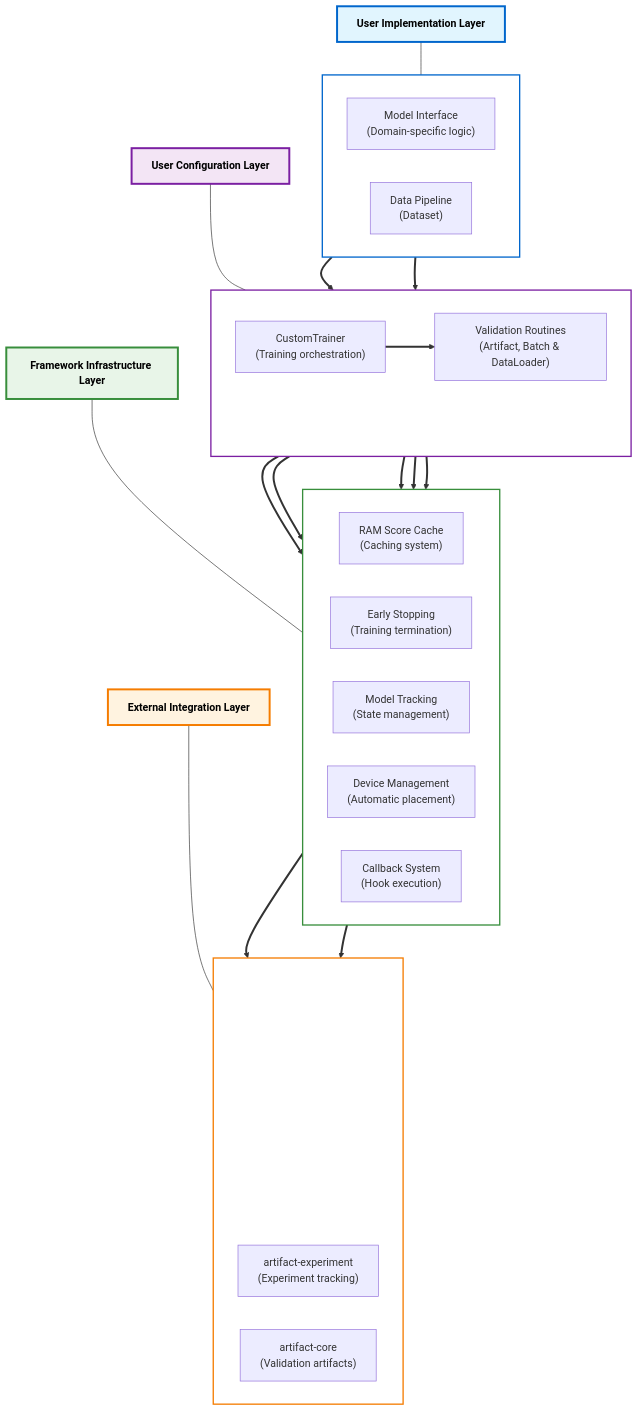
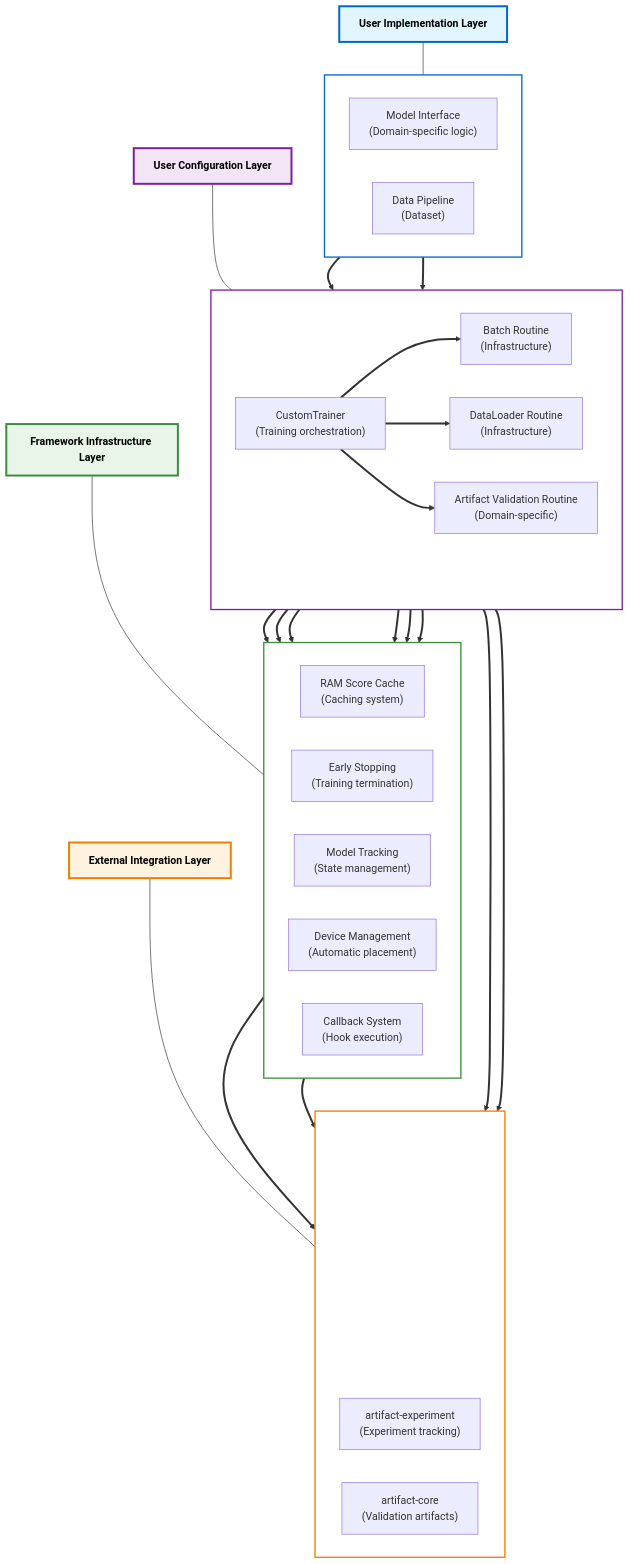
One commit to vasileios-ektor-papoulias/artifact-ml changed the diagram in artifact-torch/README.md. Above: the diagram before and after it, drawn with Mermaid. The commit also changed other lines of this file, not shown here.

Commit message:
Split routines

```diff
--- a/artifact-torch/README.md
+++ b/artifact-torch/README.md
@@ -46,7 +48,9 @@
         direction LR
         Trainer["CustomTrainer<br/>(Training orchestration)"]
         ConfigSpacer[" "]
-        Routines["Validation Routines<br/>(Artifact, Batch & DataLoader)"]
+        BatchRoutine["Batch Routine<br/>(Infrastructure)"]
+        DataLoaderRoutine["DataLoader Routine<br/>(Infrastructure)"]
+        ArtifactRoutine["Artifact Validation Routine<br/>(Domain-specific)"]
     end
     
     subgraph infra [" "]
@@ -80,13 +84,20 @@
     Trainer --> ModelTracking
     Trainer --> Device
     
-    %% Configuration to Configuration
-    Trainer --> Routines
+    %% Configuration to Configuration (routine orchestration)
+    Trainer --> BatchRoutine
+    Trainer --> DataLoaderRoutine
+    Trainer --> ArtifactRoutine
     
-    %% Routine to Infrastructure
-    Routines --> Callbacks
+    %% Infrastructure routines to Callback System
+    BatchRoutine --> Callbacks
+    DataLoaderRoutine --> Callbacks
     
-    %% Infrastructure to External
+    %% Domain-specific routine to External (direct integration)
+    ArtifactRoutine --> ArtifactCore
+    ArtifactRoutine --> ArtifactExp
+    
+    %% Infrastructure to External (other framework needs)
     Callbacks --> ArtifactCore
     Callbacks --> ArtifactExp
     
@@ -123,6 +134,11 @@
     linkStyle 7 stroke-width:3px
     linkStyle 8 stroke-width:3px
     linkStyle 9 stroke-width:3px
+    linkStyle 10 stroke-width:3px
+    linkStyle 11 stroke-width:3px
+    linkStyle 12 stroke-width:3px
+    linkStyle 13 stroke-width:3px
+    linkStyle 14 stroke-width:3px
     
     %% Hide spacers
     style ExternalSpacer1 fill:transparent,stroke:transparent
```
